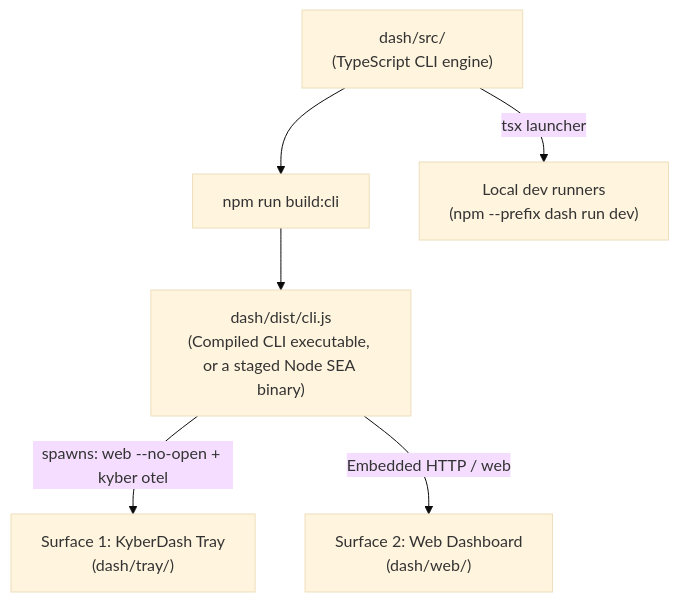
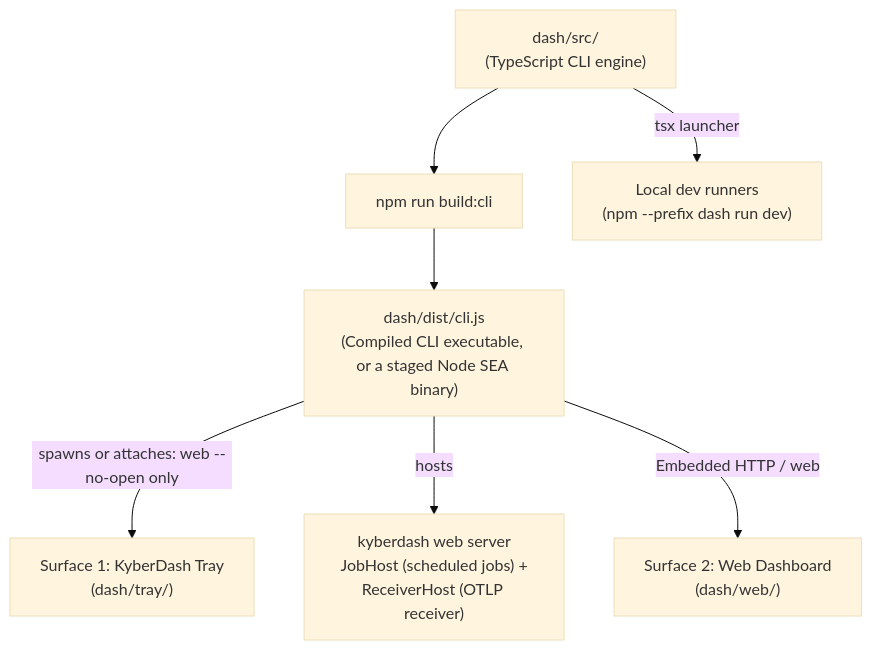
One commit to dpalfery/kyber-weave changed the diagram in docs/dash/runbook.md. Above: the diagram before and after it, drawn with Mermaid (base theme). The commit also changed other lines of this file and 109 other files, not shown here.

First line of the commit message:
[issue #319] Folder import is opt-in; tray and web are display layers over one shared app (#324)

````diff
--- a/docs/dash/runbook.md
+++ b/docs/dash/runbook.md
@@ -65,12 +75,13 @@
 ```mermaid
 flowchart TD
     CLI_SRC["dash/src/<br/>(TypeScript CLI engine)"]
     BUILD["npm run build:cli"]
     CLI_DIST["dash/dist/cli.js<br/>(Compiled CLI executable, or a staged Node SEA binary)"]
 
     CLI_SRC --> BUILD --> CLI_DIST
 
-    CLI_DIST -->|"spawns: web --no-open + kyber otel"| TRAY["Surface 1: KyberDash Tray<br/>(dash/tray/)"]
+    CLI_DIST -->|"spawns or attaches: web --no-open only"| TRAY["Surface 1: KyberDash Tray<br/>(dash/tray/)"]
+    CLI_DIST -->|"hosts"| SERVER["kyberdash web server<br/>JobHost (scheduled jobs) +<br/>ReceiverHost (OTLP receiver)"]
     CLI_DIST -->|"Embedded HTTP / web"| WEB["Surface 2: Web Dashboard<br/>(dash/web/)"]
     CLI_SRC -->|"tsx launcher"| DEV["Local dev runners<br/>(npm --prefix dash run dev)"]
 ```
````
